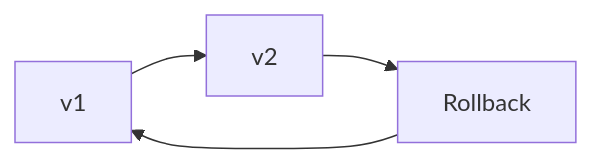
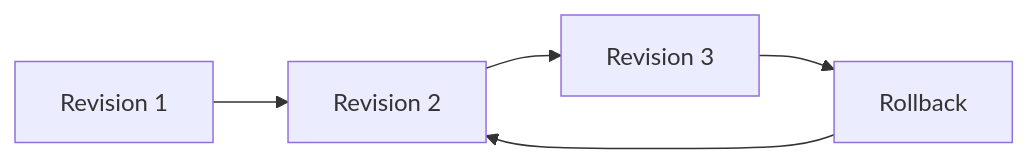
The third of 3 diagrams in docs/sesion2/2.1 Cargas de trabajo.md (ieftraining/curso-openshift), drawn with Mermaid before and after one commit. The commit also changed other lines of this file, not shown here.

````diff
--- a/docs/sesion2/2.1 Cargas de trabajo.md
+++ b/docs/sesion2/2.1 Cargas de trabajo.md
@@ -486,9 +313,9 @@
 ```mermaid
 flowchart LR
-    A[v1]
-    --> B[v2]
+    R1[Revision 1]
+    --> R2[Revision 2]
+    --> R3[Revision 3]
 
-    B --> C[Rollback]
-
-    C --> A
+    R3 --> RB[Rollback]
+    RB --> R2
 ```
````
